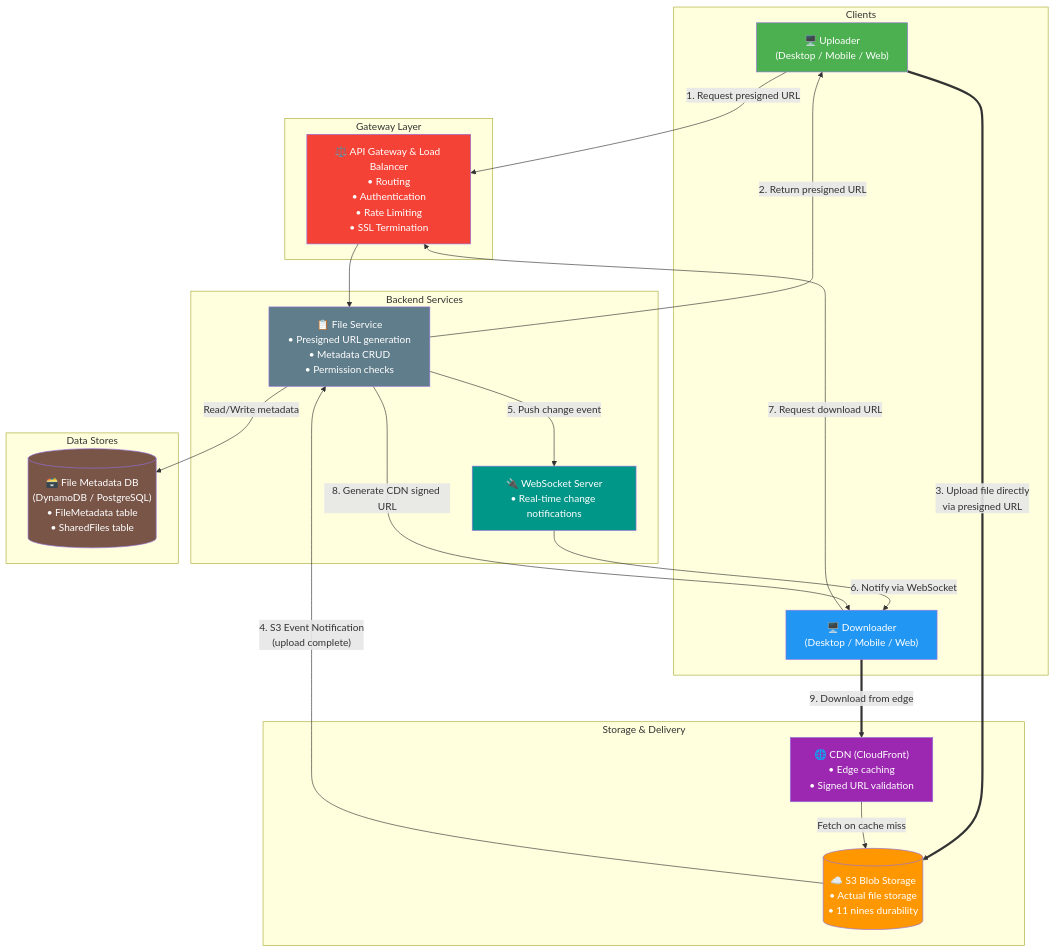
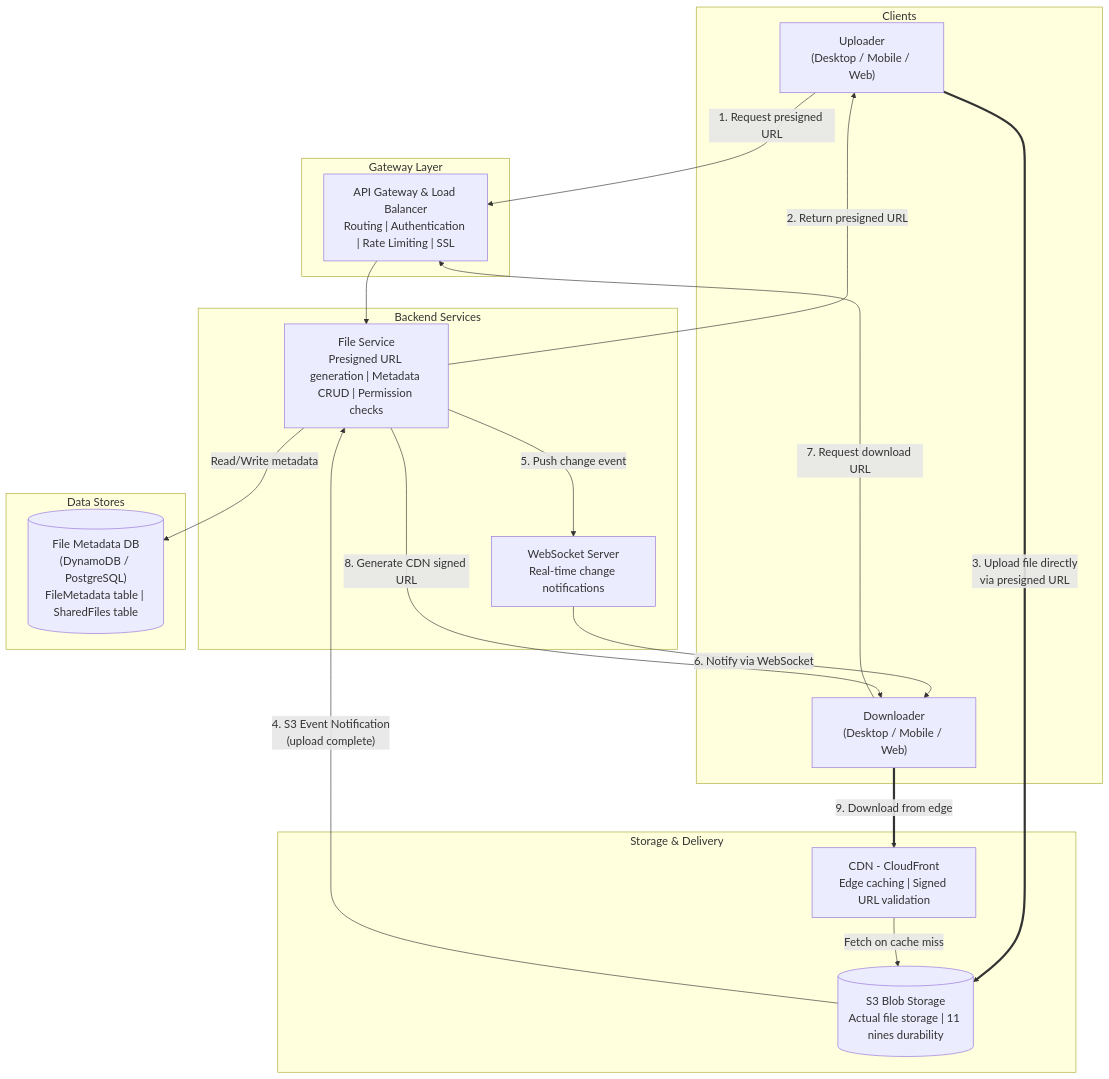
One commit to vipi-n/swe-101 changed the eighth of 15 diagrams in hld/dropbox.md. Above: the diagram before and after it, drawn with Mermaid. The commit also changed other lines of this file, not shown here.

````diff
--- a/hld/dropbox.md
+++ b/hld/dropbox.md
@@ -478,49 +481,41 @@
 ```mermaid
+%%{init: {'theme': 'default', 'themeVariables': {'fontSize': '18px'}}}%%
 graph TB
     subgraph Clients
-        UP["🖥️ Uploader<br/>(Desktop / Mobile / Web)"]
-        DN["🖥️ Downloader<br/>(Desktop / Mobile / Web)"]
+        UP["Uploader<br/>(Desktop / Mobile / Web)"]
+        DN["Downloader<br/>(Desktop / Mobile / Web)"]
     end
 
     subgraph Gateway Layer
-        LB["⚖️ API Gateway & Load Balancer<br/>• Routing<br/>• Authentication<br/>• Rate Limiting<br/>• SSL Termination"]
+        LB["API Gateway & Load Balancer<br/>Routing | Authentication | Rate Limiting | SSL"]
     end
 
     subgraph Backend Services
-        FS["📋 File Service<br/>• Presigned URL generation<br/>• Metadata CRUD<br/>• Permission checks"]
-        WS["🔌 WebSocket Server<br/>• Real-time change notifications"]
+        FS["File Service<br/>Presigned URL generation | Metadata CRUD | Permission checks"]
+        WS["WebSocket Server<br/>Real-time change notifications"]
     end
 
     subgraph Data Stores
-        DB[("🗃️ File Metadata DB<br/>(DynamoDB / PostgreSQL)<br/>• FileMetadata table<br/>• SharedFiles table")]
+        DB[("File Metadata DB<br/>(DynamoDB / PostgreSQL)<br/>FileMetadata table | SharedFiles table")]
     end
 
     subgraph Storage & Delivery
-        S3[("☁️ S3 Blob Storage<br/>• Actual file storage<br/>• 11 nines durability")]
-        CDN["🌐 CDN (CloudFront)<br/>• Edge caching<br/>• Signed URL validation"]
+        S3[("S3 Blob Storage<br/>Actual file storage | 11 nines durability")]
+        CDN["CDN - CloudFront<br/>Edge caching | Signed URL validation"]
     end
 
     UP -->|"1. Request presigned URL"| LB
     LB --> FS
     FS -->|"Read/Write metadata"| DB
     FS -->|"2. Return presigned URL"| UP
     UP ==>|"3. Upload file directly<br/>via presigned URL"| S3
     S3 -->|"4. S3 Event Notification<br/>(upload complete)"| FS
 
     FS -->|"5. Push change event"| WS
     WS -->|"6. Notify via WebSocket"| DN
 
     DN -->|"7. Request download URL"| LB
     FS -->|"8. Generate CDN signed URL"| DN
     CDN -->|"Fetch on cache miss"| S3
     DN ==>|"9. Download from edge"| CDN
-
-    style UP fill:#4CAF50,color:#fff
-    style DN fill:#2196F3,color:#fff
-    style S3 fill:#FF9800,color:#fff
-    style CDN fill:#9C27B0,color:#fff
-    style FS fill:#607D8B,color:#fff
-    style DB fill:#795548,color:#fff
-    style LB fill:#F44336,color:#fff
-    style WS fill:#009688,color:#fff
 ```
````
